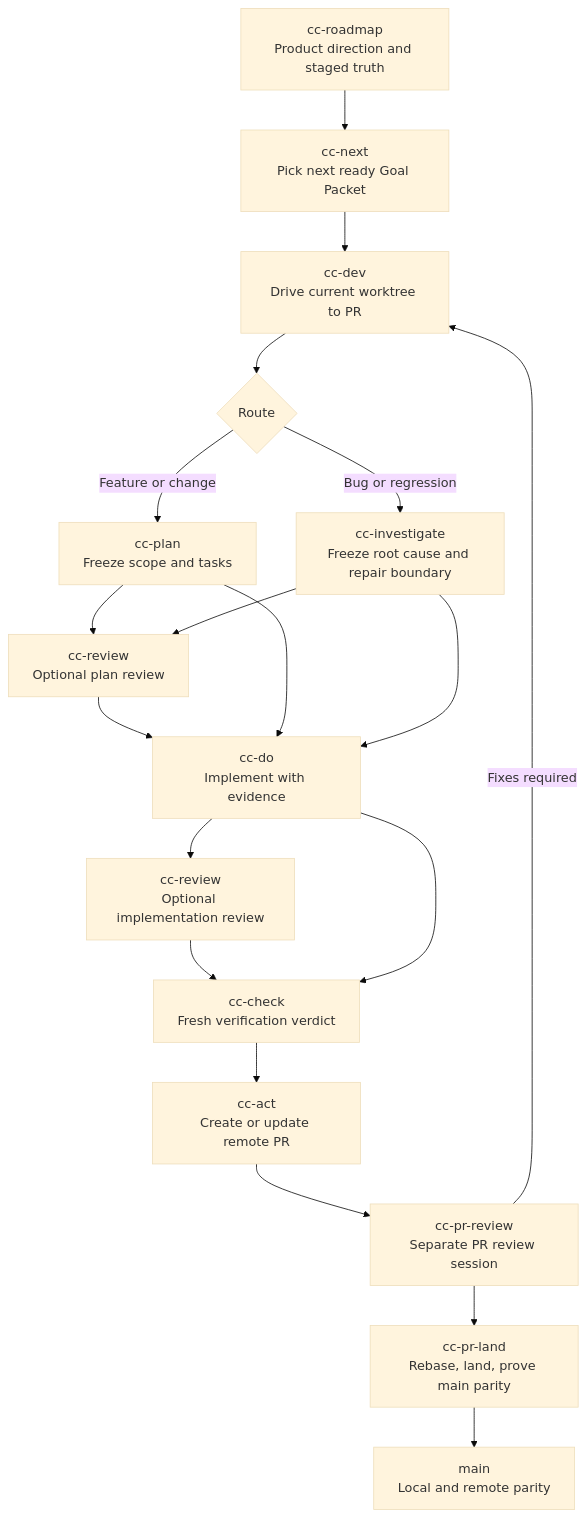
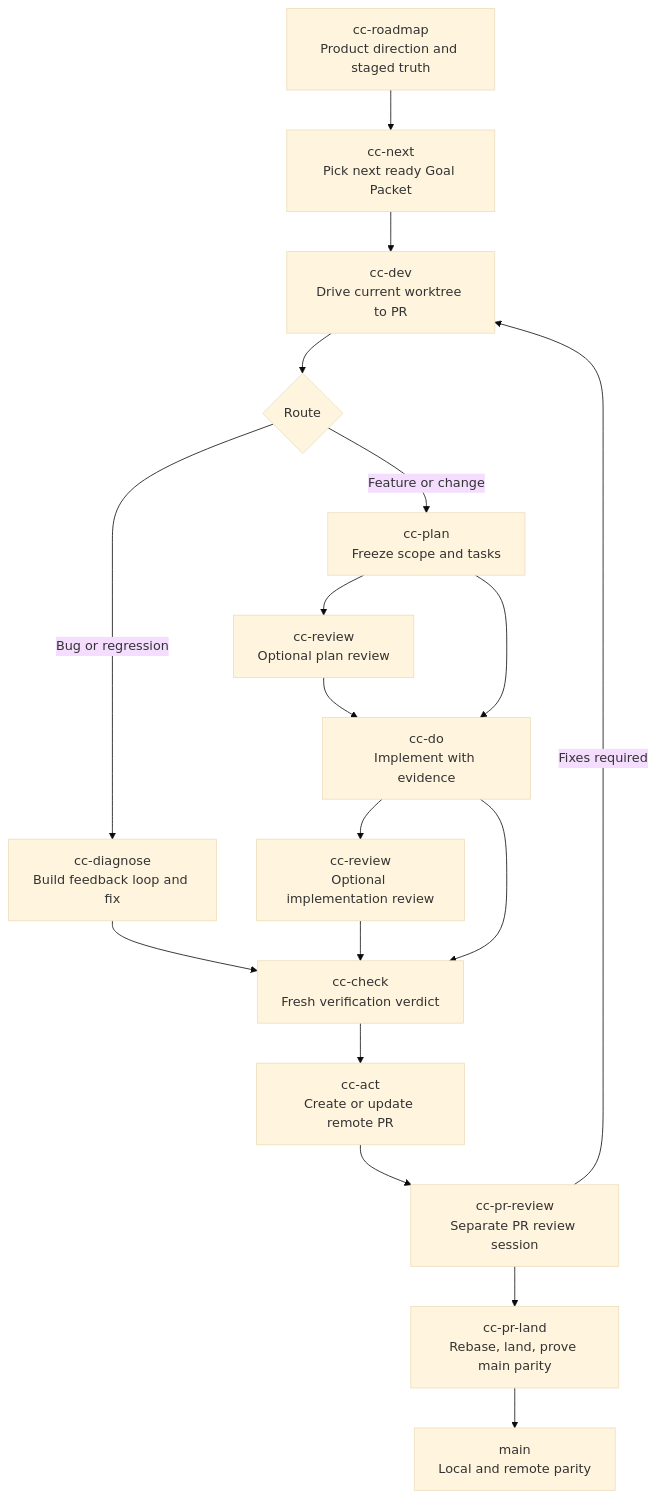
The diagram in README.md (Dimon94/cc-devflow), drawn with Mermaid (base theme) before and after one commit. The commit also changed other lines of this file and 65 other files, not shown here.

````diff
--- a/README.md
+++ b/README.md
@@ -67,24 +67,23 @@
 ```mermaid
 flowchart TD
   Roadmap["cc-roadmap\nProduct direction and staged truth"] --> Next["cc-next\nPick next ready Goal Packet"]
   Next --> Dev["cc-dev\nDrive current worktree to PR"]
 
   Dev --> Route{"Route"}
   Route -->|Feature or change| Plan["cc-plan\nFreeze scope and tasks"]
-  Route -->|Bug or regression| Investigate["cc-investigate\nFreeze root cause and repair boundary"]
+  Route -->|Bug or regression| Diagnose["cc-diagnose\nBuild feedback loop and fix"]
 
   Plan --> PlanReview["cc-review\nOptional plan review"]
-  Investigate --> PlanReview
   PlanReview --> Do["cc-do\nImplement with evidence"]
   Plan --> Do
-  Investigate --> Do
+  Diagnose --> Check
 
   Do --> ImplReview["cc-review\nOptional implementation review"]
   ImplReview --> Check["cc-check\nFresh verification verdict"]
   Do --> Check
   Check --> Act["cc-act\nCreate or update remote PR"]
   Act --> PRReview["cc-pr-review\nSeparate PR review session"]
   PRReview --> PRLand["cc-pr-land\nRebase, land, prove main parity"]
   PRReview -->|Fixes required| Dev
   PRLand --> Main["main\nLocal and remote parity"]
 ```
````
